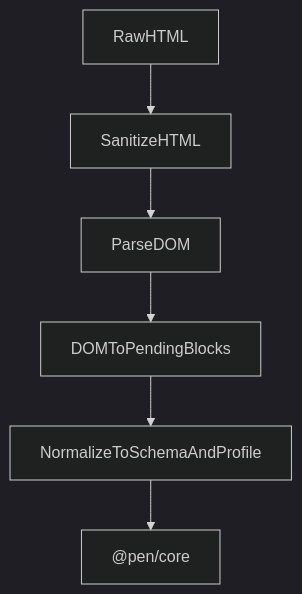
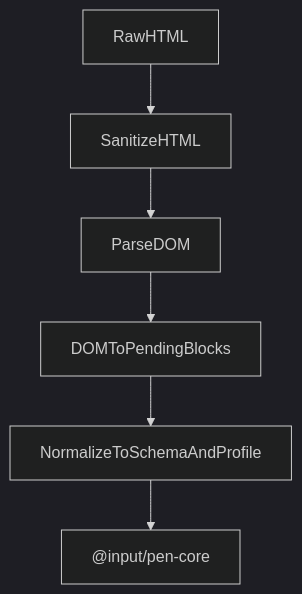
The diagram in spec/packages/extensions/import-html.md (JayaKrishnaNamburu/pen), drawn with Mermaid (dark theme) before and after one commit. The commit also changed other lines of this file and 989 other files, not shown here.

First line of the commit message:
Update package names and configurations to reflect rebranding from '@pen' to '@input'

````diff
--- a/spec/packages/extensions/import-html.md
+++ b/spec/packages/extensions/import-html.md
@@ -28,15 +28,15 @@
 ```mermaid
 flowchart TD
   HTML[RawHTML]
   Sanitize[SanitizeHTML]
   Parse[ParseDOM]
   Map[DOMToPendingBlocks]
   Normalize[NormalizeToSchemaAndProfile]
-  Core["@pen/core"]
+  Core["@input/pen-core"]
 
   HTML --> Sanitize
   Sanitize --> Parse
   Parse --> Map
   Map --> Normalize
   Normalize --> Core
 ```
````
